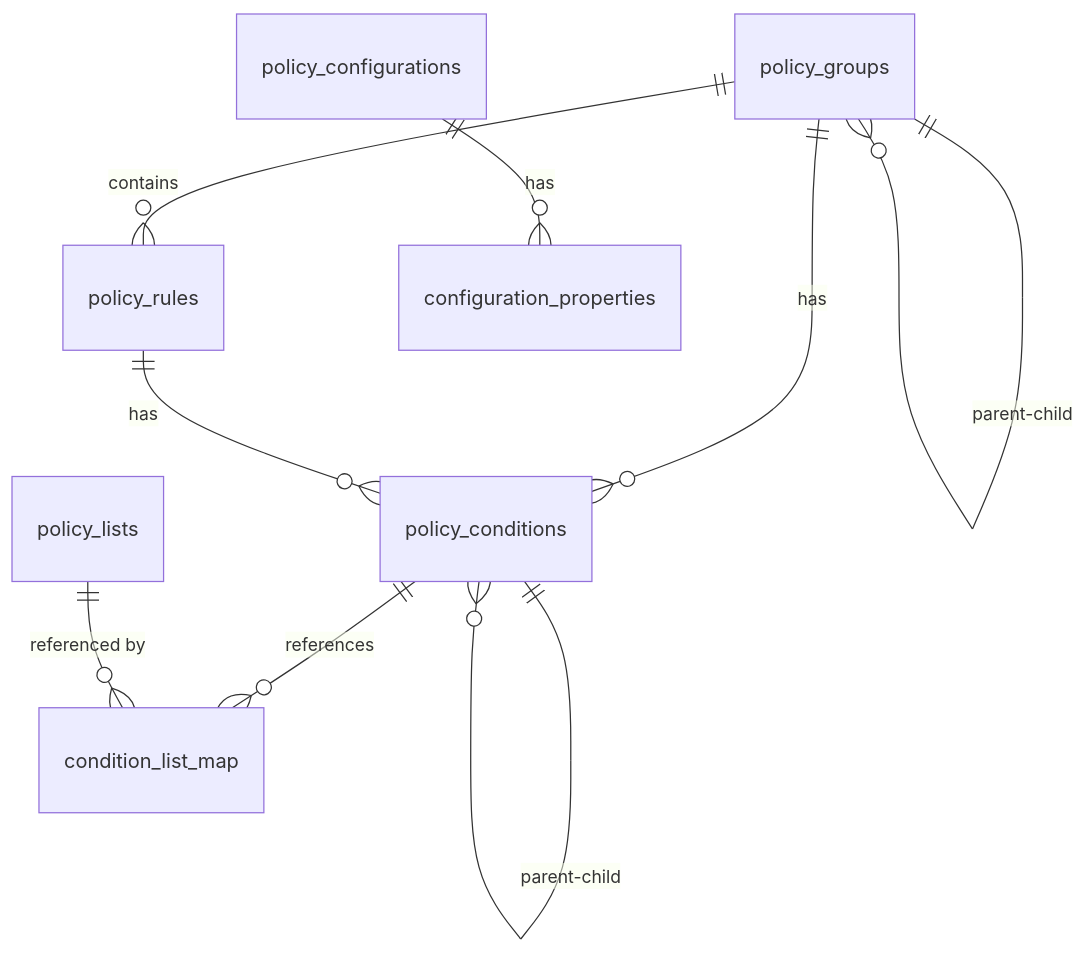
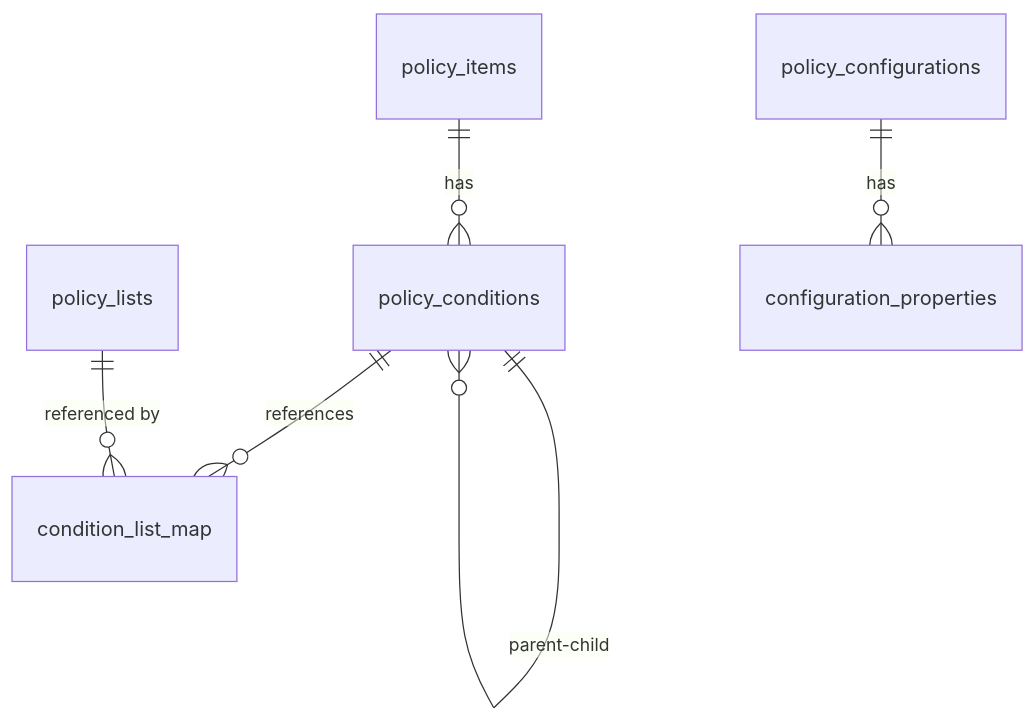
The diagram in docs/db_schema.md (hunseop/proxy_tool), drawn with Mermaid before and after one commit. The commit also changed other lines of this file and 4 other files, not shown here.

````diff
--- a/docs/db_schema.md
+++ b/docs/db_schema.md
@@ -17,11 +16,8 @@
 ```mermaid
 erDiagram
-    policy_groups ||--o{ policy_groups : "parent-child"
-    policy_groups ||--o{ policy_rules : "contains"
-    policy_groups ||--o{ policy_conditions : "has"
-    policy_rules ||--o{ policy_conditions : "has"
+    policy_items ||--o{ policy_conditions : "has"
     policy_conditions ||--o{ policy_conditions : "parent-child"
     policy_conditions ||--o{ condition_list_map : "references"
     policy_lists ||--o{ condition_list_map : "referenced by"
     policy_configurations ||--o{ configuration_properties : "has"
 ```
````
